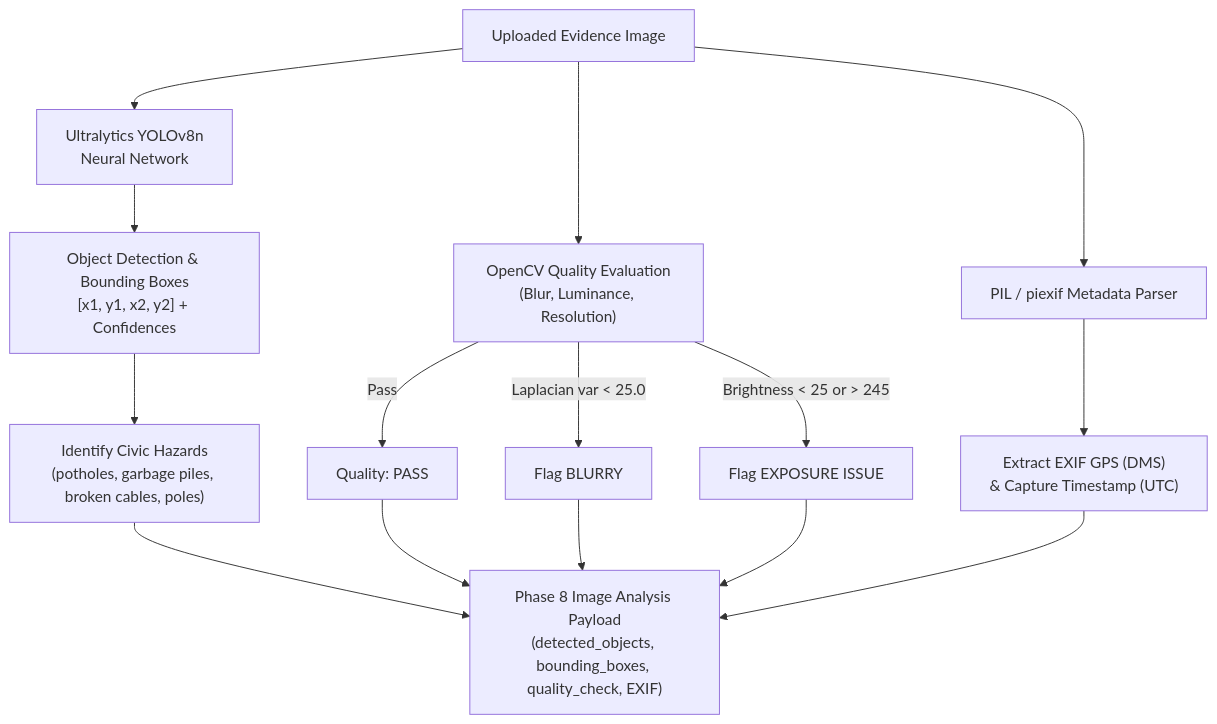
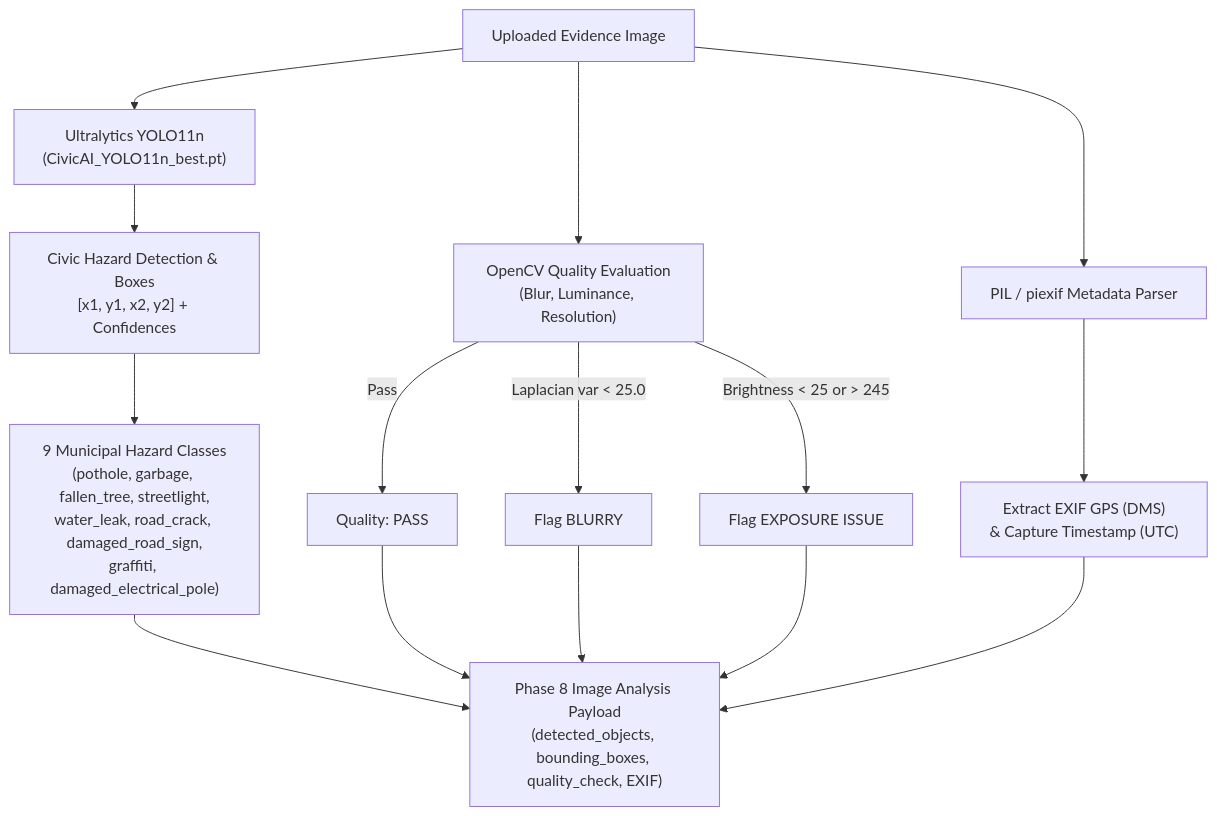
One commit to SHRUTISINHA250714/civic changed the ninth of 18 diagrams in phases.md. Above: the diagram before and after it, drawn with Mermaid. The commit also changed other lines of this file and 19 other files, not shown here.

````diff
--- a/phases.md
+++ b/phases.md
@@ -275,20 +275,20 @@
 ```mermaid
 flowchart TD
     Img["Uploaded Evidence Image"] --> Pre["OpenCV Quality Evaluation\n(Blur, Luminance, Resolution)"]
     Pre -->|Laplacian var < 25.0| FlagBlur["Flag BLURRY"]
     Pre -->|Brightness < 25 or > 245| FlagExp["Flag EXPOSURE ISSUE"]
     Pre -->|Pass| PassQ["Quality: PASS"]
     
-    Img --> YOLO["Ultralytics YOLOv8n\nNeural Network"]
-    YOLO --> Detect["Object Detection & Bounding Boxes\n[x1, y1, x2, y2] + Confidences"]
-    Detect --> Classes["Identify Civic Hazards\n(potholes, garbage piles, broken cables, poles)"]
+    Img --> YOLO["Ultralytics YOLO11n\n(CivicAI_YOLO11n_best.pt)"]
+    YOLO --> Detect["Civic Hazard Detection & Boxes\n[x1, y1, x2, y2] + Confidences"]
+    Detect --> Classes["9 Municipal Hazard Classes\n(pothole, garbage, fallen_tree, streetlight,\nwater_leak, road_crack, damaged_road_sign,\ngraffiti, damaged_electrical_pole)"]
     
     Img --> EXIF["PIL / piexif Metadata Parser"]
     EXIF --> EXIFData["Extract EXIF GPS (DMS)\n& Capture Timestamp (UTC)"]
     
     Classes --> Payload["Phase 8 Image Analysis Payload\n(detected_objects, bounding_boxes, quality_check, EXIF)"]
     PassQ --> Payload
     FlagBlur --> Payload
     FlagExp --> Payload
     EXIFData --> Payload
 ```
````
